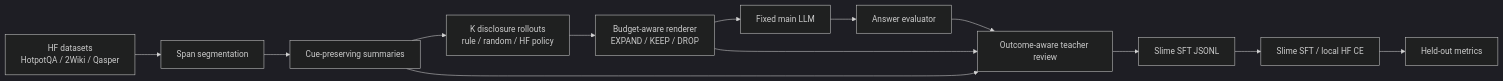
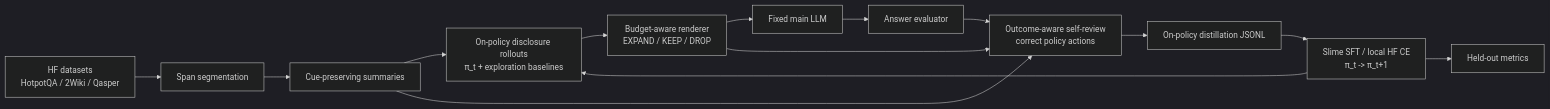
One commit to wuwanchun/CM-OPD changed the diagram in research-automation/implementation-plans/progressive-disclosure-slime-roadmap.md. Above: the diagram before and after it, drawn with Mermaid (dark theme). The commit also changed other lines of this file, not shown here.

Commit message:
docs: add on-policy disclosure distillation plan

````diff
--- a/research-automation/implementation-plans/progressive-disclosure-slime-roadmap.md
+++ b/research-automation/implementation-plans/progressive-disclosure-slime-roadmap.md
@@ -69,23 +94,24 @@
 ```mermaid
 flowchart LR
     accTitle: Progressive Disclosure Slime Pipeline
-    accDescr: The pipeline builds cue-preserving summaries, runs disclosure rollouts, evaluates fixed-model answers, creates outcome-aware teacher targets, exports slime SFT samples, trains a lightweight policy, and evaluates held-out disclosure quality.
+    accDescr: The pipeline builds cue-preserving summaries, lets the current policy generate disclosure rollouts, evaluates fixed-model answers, creates outcome-aware self-review targets, exports on-policy distillation samples, trains a lightweight policy, and evaluates held-out disclosure quality.
 
     D["HF datasets<br/>HotpotQA / 2Wiki / Qasper"]
     SEG["Span segmentation"]
     SUM["Cue-preserving summaries"]
-    ROLL["K disclosure rollouts<br/>rule / random / HF policy"]
+    ROLL["On-policy disclosure rollouts<br/>π_t + exploration baselines"]
     REN["Budget-aware renderer<br/>EXPAND / KEEP / DROP"]
     LLM["Fixed main LLM"]
     EVAL["Answer evaluator"]
-    TCH["Outcome-aware teacher review"]
-    SFT["Slime SFT JSONL"]
-    TRAIN["Slime SFT / local HF CE"]
+    TCH["Outcome-aware self-review<br/>correct policy actions"]
+    SFT["On-policy distillation JSONL"]
+    TRAIN["Slime SFT / local HF CE<br/>π_t -> π_t+1"]
     MET["Held-out metrics"]
 
     D --> SEG --> SUM --> ROLL --> REN --> LLM --> EVAL
     EVAL --> TCH
     SUM --> TCH
     REN --> TCH
     TCH --> SFT --> TRAIN --> MET
+    TRAIN --> ROLL
 ```
````
